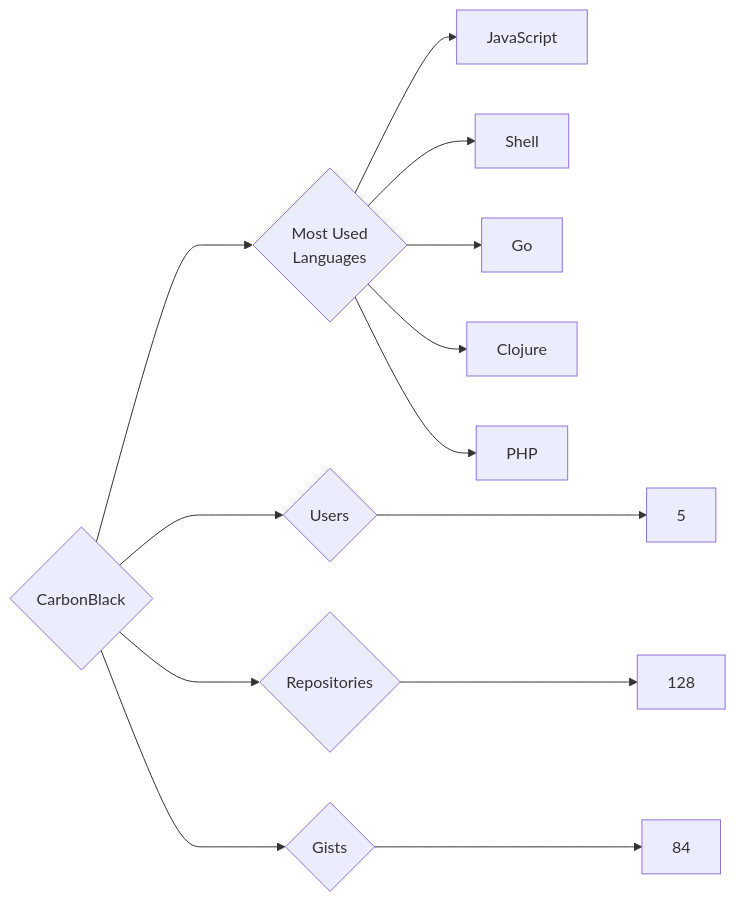
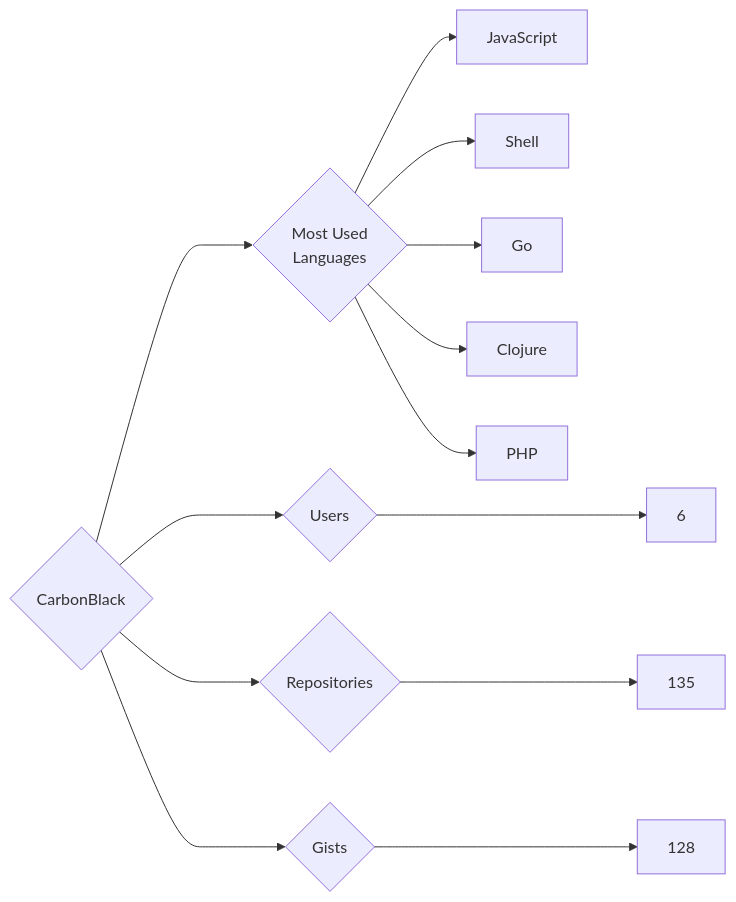
The diagram in targets/CarbonBlack/README.md (trickest/insiders), drawn with Mermaid before and after one commit. The commit also changed 1175 other files, not shown here.

````diff
--- a/targets/CarbonBlack/README.md
+++ b/targets/CarbonBlack/README.md
@@ -3,13 +3,13 @@
 ```mermaid
 graph LR
 COMPANY_NAME{CarbonBlack}
-COMPANY_NAME ---> U{Users} ---> UN[5]
-COMPANY_NAME ---> R{Repositories} ---> RN[128]
-COMPANY_NAME ---> G{Gists} ---> GN[84]
+COMPANY_NAME ---> U{Users} ---> UN[6]
+COMPANY_NAME ---> R{Repositories} ---> RN[135]
+COMPANY_NAME ---> G{Gists} ---> GN[128]
 COMPANY_NAME ---> ML{Most Used<br>Languages}
 ML --> JavaScript[JavaScript]
 ML --> Shell[Shell]
 ML --> Go[Go]
 ML --> Clojure[Clojure]
 ML --> PHP[PHP]
 ```
````
